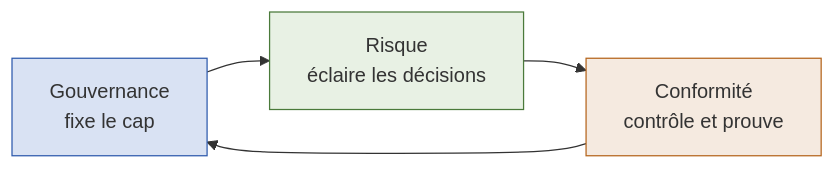
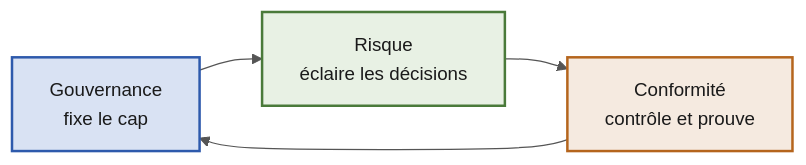
The first of 10 diagrams in 12_governance_risk_compliance/grc.md (cchopin/Jedha-cybersec-fullstack), drawn with Mermaid before and after one commit. The commit also changed other lines of this file, not shown here.

````diff
--- a/12_governance_risk_compliance/grc.md
+++ b/12_governance_risk_compliance/grc.md
@@ -38,9 +38,10 @@
 ```mermaid
+%%{init: {'theme':'base', 'themeVariables': {'primaryColor':'#D9E2F3','primaryTextColor':'#1A1A1A','primaryBorderColor':'#2E5AAC','lineColor':'#555555','fontSize':'15px','textColor':'#1A1A1A','mainBkg':'#D9E2F3'}}}%%
 flowchart LR
     G[Gouvernance<br/>fixe le cap] --> R[Risque<br/>éclaire les décisions]
     R --> C[Conformité<br/>contrôle et prouve]
     C --> G
-    style G fill:#D9E2F3,stroke:#2E5AAC
-    style R fill:#E8F1E4,stroke:#4A7A3A
-    style C fill:#F5EAE0,stroke:#B5651D
+    style G fill:#D9E2F3,stroke:#2E5AAC,color:#1A1A1A,stroke-width:2px
+    style R fill:#E8F1E4,stroke:#4A7A3A,color:#1A1A1A,stroke-width:2px
+    style C fill:#F5EAE0,stroke:#B5651D,color:#1A1A1A,stroke-width:2px
 ```
````
